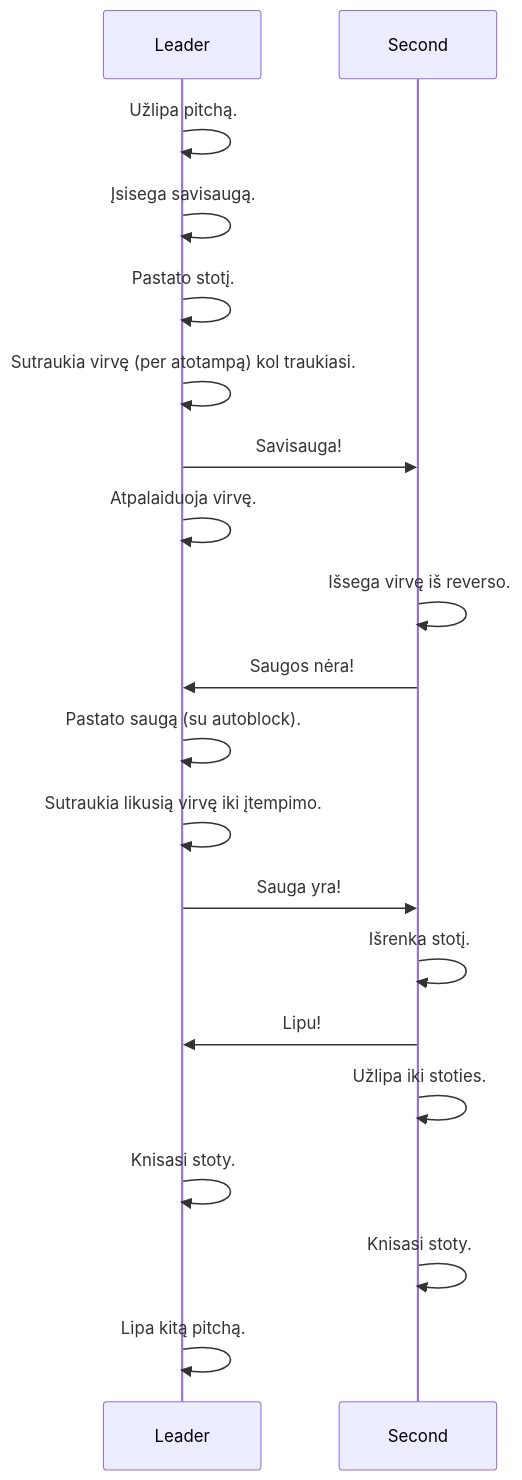
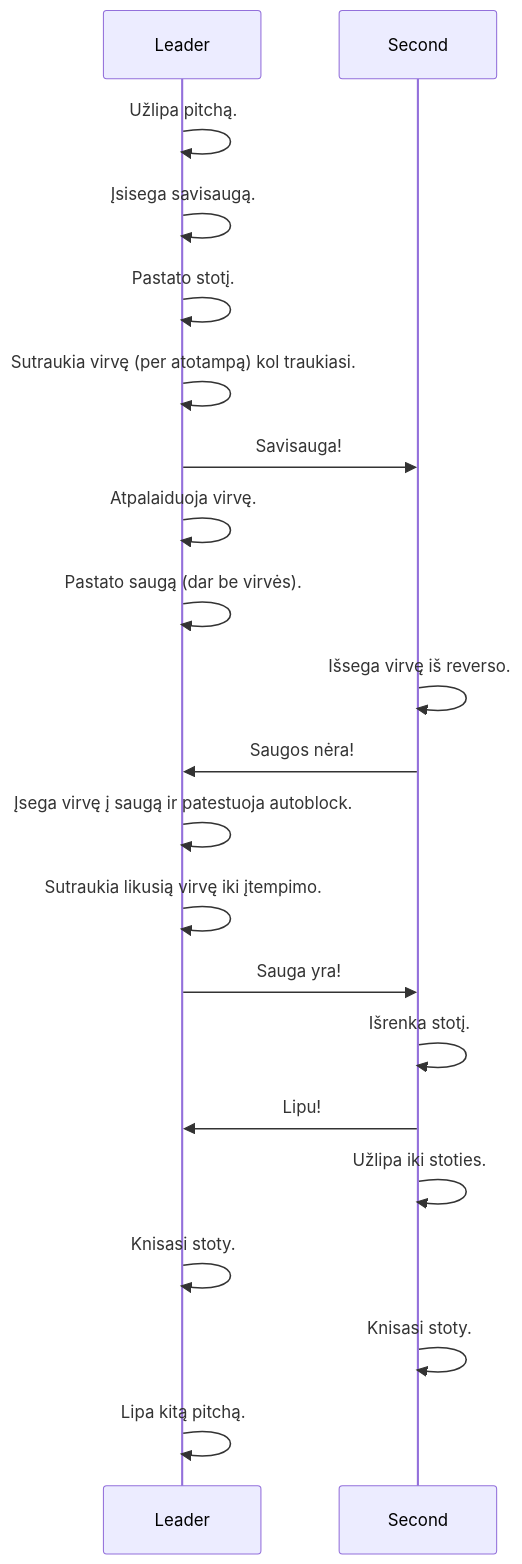
The diagram in README.md (vzurauskas/multipitch), drawn with Mermaid before and after one commit.

````diff
--- a/README.md
+++ b/README.md
@@ -4,21 +4,22 @@
 ```mermaid
 sequenceDiagram
     Leader ->> Leader: Užlipa pitchą.
     Leader ->> Leader: Įsisega savisaugą.
     Leader ->> Leader: Pastato stotį.
     Leader ->> Leader: Sutraukia virvę (per atotampą) kol traukiasi.
     Leader ->> Second: Savisauga!
     Leader ->> Leader: Atpalaiduoja virvę.
+    Leader ->> Leader: Pastato saugą (dar be virvės).
     Second ->> Second: Išsega virvę iš reverso.
     Second ->> Leader: Saugos nėra!
-    Leader ->> Leader: Pastato saugą (su autoblock).
+    Leader ->> Leader: Įsega virvę į saugą ir patestuoja autoblock.
     Leader ->> Leader: Sutraukia likusią virvę iki įtempimo.
     Leader ->> Second: Sauga yra!
     Second ->> Second: Išrenka stotį.
     Second ->> Leader: Lipu!
     Second ->> Second: Užlipa iki stoties.
     Leader ->> Leader: Knisasi stoty.
     Second ->> Second: Knisasi stoty.
     Leader ->> Leader: Lipa kitą pitchą.
     
 ```
````
